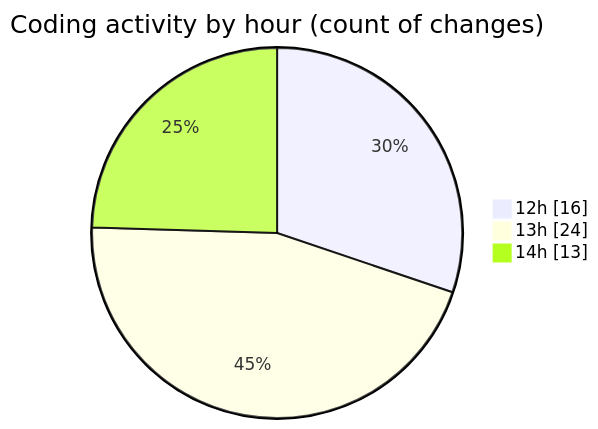
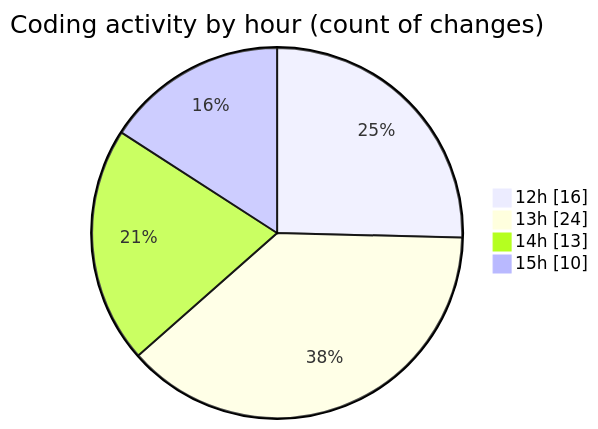
One commit to nxtqubesakshisongat/code-tracking changed the second of 2 diagrams in 2025-06-27/nxtqube_webapp/README.md. Above: the diagram before and after it, drawn with Mermaid. The commit also changed other lines of this file and 1 other file, not shown here.

````diff
--- a/2025-06-27/nxtqube_webapp/README.md
+++ b/2025-06-27/nxtqube_webapp/README.md
@@ -32,7 +36,8 @@
 ```mermaid
 pie showData
 title Coding activity by hour (count of changes)
 "12h" : 16
 "13h" : 24
 "14h" : 13
+"15h" : 10
 ```
````
